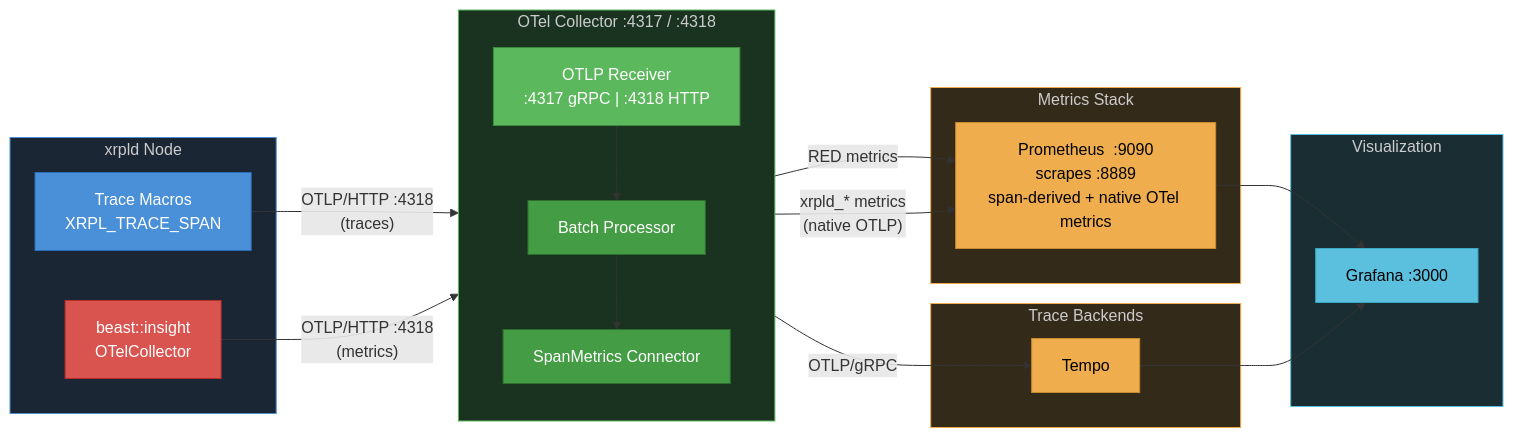
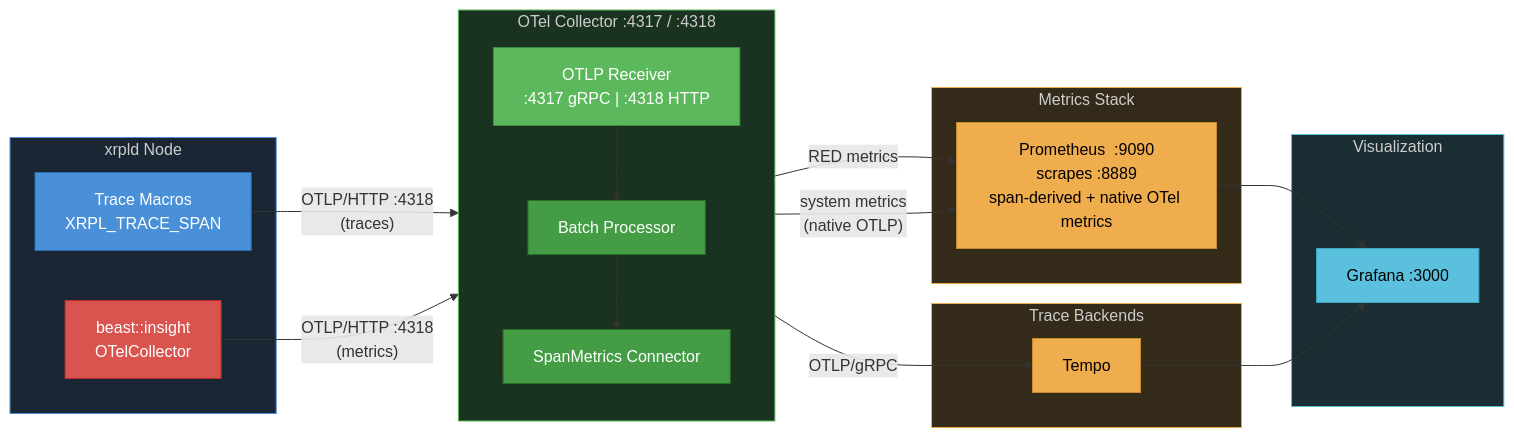
The second of 12 diagrams in OpenTelemetryPlan/06-implementation-phases.md (XRPLF/rippled), drawn with Mermaid before and after one commit. The commit also changed other lines of this file and 15 other files, not shown here.

````diff
--- a/OpenTelemetryPlan/06-implementation-phases.md
+++ b/OpenTelemetryPlan/06-implementation-phases.md
@@ -469,53 +469,53 @@
 ```mermaid
 graph LR
     subgraph xrpldNode["xrpld Node"]
         A["Trace Macros<br/>XRPL_TRACE_SPAN"]
         B["beast::insight<br/>OTelCollector"]
     end
 
     subgraph collector["OTel Collector  :4317 / :4318"]
         direction TB
         R1["OTLP Receiver<br/>:4317 gRPC  |  :4318 HTTP"]
         BP["Batch Processor"]
         SM["SpanMetrics Connector"]
 
         R1 --> BP
         BP --> SM
     end
 
     subgraph backends["Trace Backends"]
         D["Tempo"]
     end
 
     subgraph metrics["Metrics Stack"]
         E["Prometheus  :9090<br/>scrapes :8889<br/>span-derived + native OTel metrics"]
     end
 
     subgraph viz["Visualization"]
         F["Grafana  :3000"]
     end
 
     A -->|"OTLP/HTTP :4318<br/>(traces)"| R1
     B -->|"OTLP/HTTP :4318<br/>(metrics)"| R1
 
     BP -->|"OTLP/gRPC"| D
     SM -->|"RED metrics"| E
-    R1 -->|"xrpld_* metrics<br/>(native OTLP)"| E
+    R1 -->|"system metrics<br/>(native OTLP)"| E
 
     E --> F
     D --> F
 
     style A fill:#4a90d9,color:#fff,stroke:#2a6db5
     style B fill:#d9534f,color:#fff,stroke:#b52d2d
     style R1 fill:#5cb85c,color:#fff,stroke:#3d8b3d
     style BP fill:#449d44,color:#fff,stroke:#2d6e2d
     style SM fill:#449d44,color:#fff,stroke:#2d6e2d
     style D fill:#f0ad4e,color:#000,stroke:#c78c2e
     style E fill:#f0ad4e,color:#000,stroke:#c78c2e
     style F fill:#5bc0de,color:#000,stroke:#3aa8c1
     style xrpldNode fill:#1a2633,color:#ccc,stroke:#4a90d9
     style collector fill:#1a3320,color:#ccc,stroke:#5cb85c
     style backends fill:#332a1a,color:#ccc,stroke:#f0ad4e
     style metrics fill:#332a1a,color:#ccc,stroke:#f0ad4e
     style viz fill:#1a2d33,color:#ccc,stroke:#5bc0de
 ```
````
